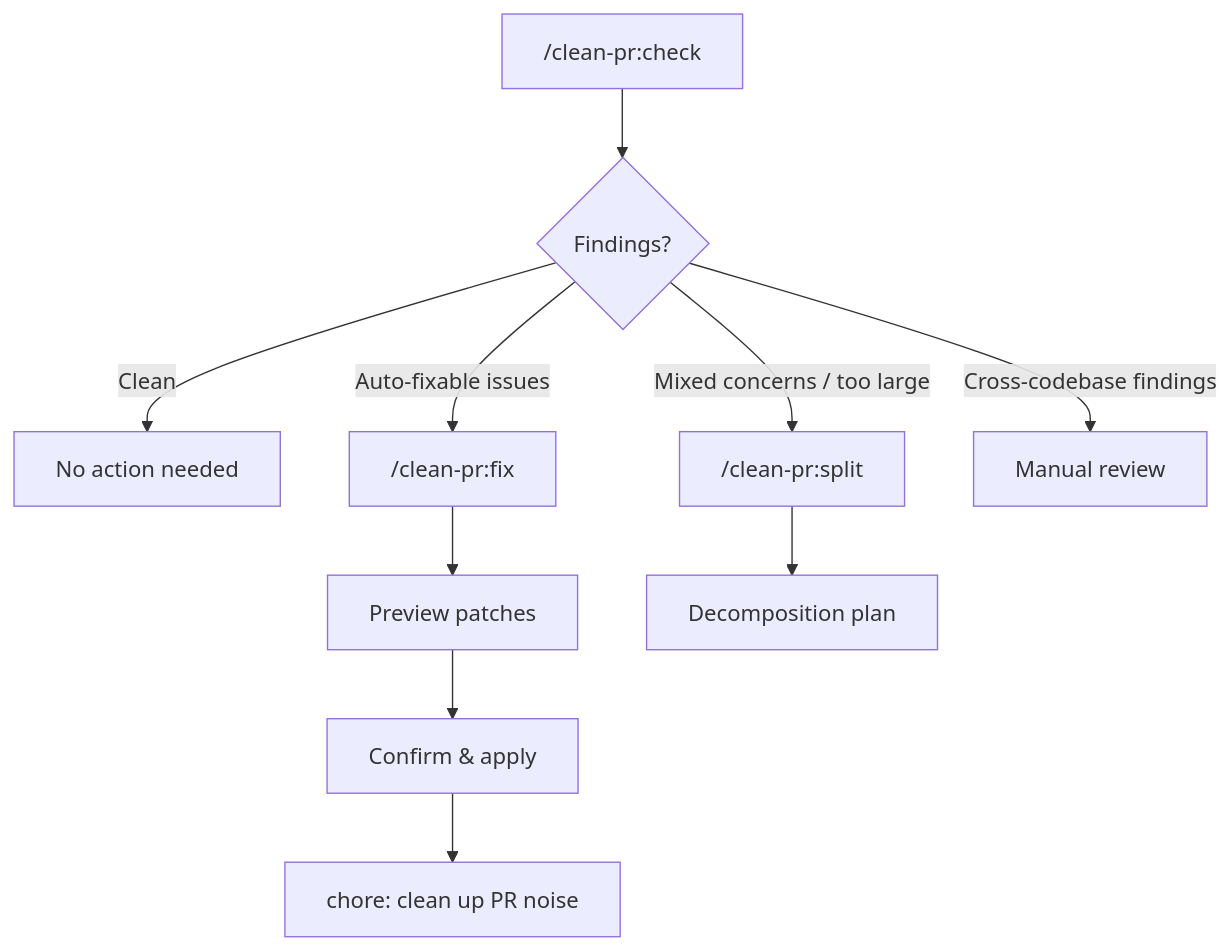
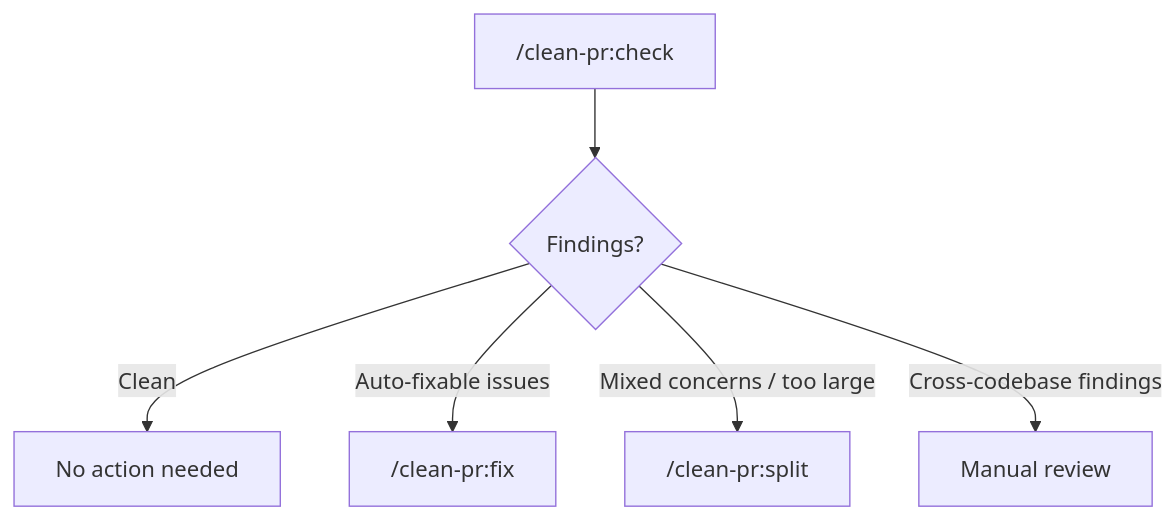
One commit to nstrayer/clean-pr changed the diagram in README.md. Above: the diagram before and after it, drawn with Mermaid.

Commit message:
docs: simplify flow diagram to just the commands

````diff
--- a/README.md
+++ b/README.md
@@ -65,12 +65,8 @@
 ```mermaid
 flowchart TD
     A["/clean-pr:check"] --> B{Findings?}
     B -->|Clean| C["No action needed"]
     B -->|Auto-fixable issues| D["/clean-pr:fix"]
     B -->|Mixed concerns / too large| E["/clean-pr:split"]
     B -->|Cross-codebase findings| F["Manual review"]
-    D --> G["Preview patches"]
-    G --> H["Confirm & apply"]
-    H --> I["chore: clean up PR noise"]
-    E --> J["Decomposition plan"]
 ```
````
